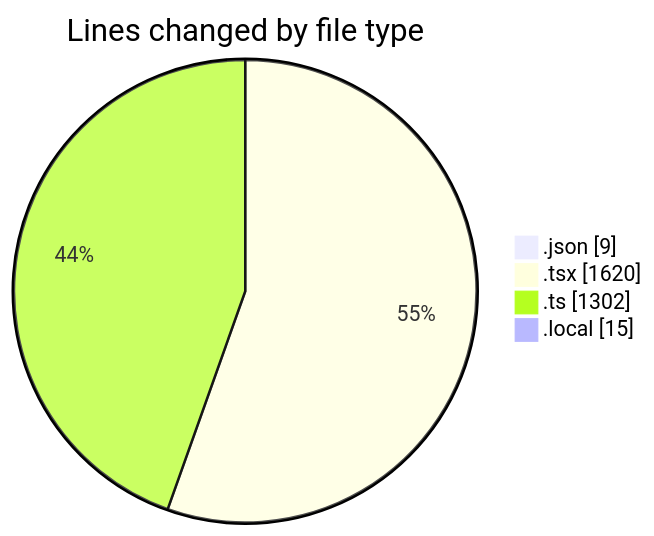
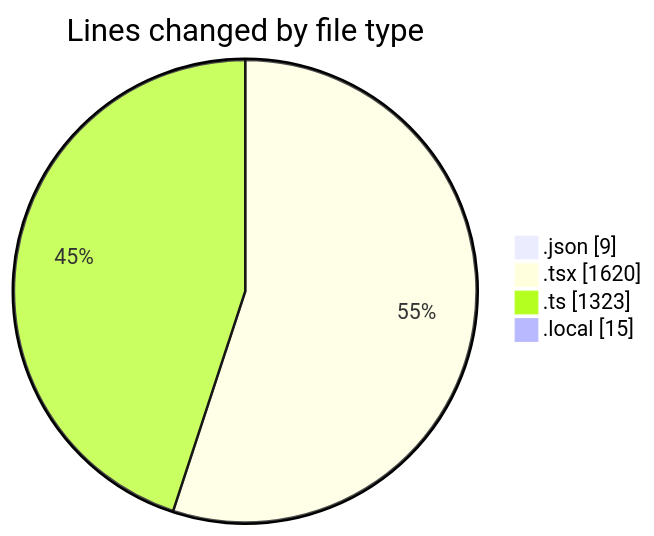
Before and after one commit to julien-gomy/code-tracking: the first of 2 diagrams in 2025-10-27/eventscop-frontend-guide__workspace_/README.md, drawn with Mermaid. The commit also changed other lines of this file and 1 other file, not shown here.

````diff
--- a/2025-10-27/eventscop-frontend-guide__workspace_/README.md
+++ b/2025-10-27/eventscop-frontend-guide__workspace_/README.md
@@ -35,8 +35,8 @@
 ```mermaid
 pie showData
 title Lines changed by file type
 ".json" : 9
 ".tsx" : 1620
-".ts" : 1302
+".ts" : 1323
 ".local" : 15
 ```
````
